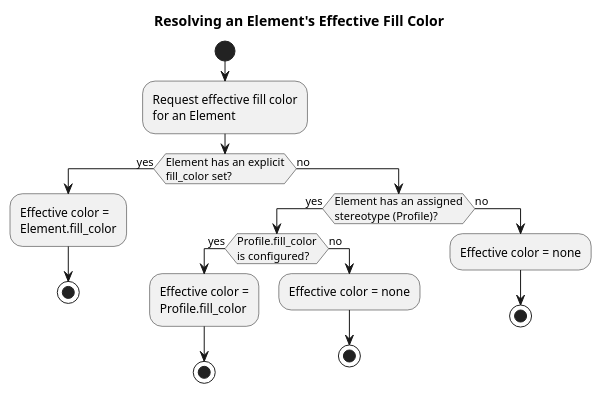
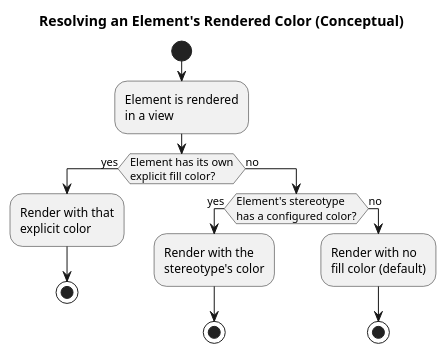
One commit to pyArchimate/pyArchimate changed the seventh of 7 diagrams in specs/017-stereotype-colors/spec.md. Above: the diagram before and after it, drawn with PlantUML. The commit also changed other lines of this file, not shown here.

First line of the commit message:
docs(specs): clarify profile identity for Exchange XML persistence

````diff
--- a/specs/017-stereotype-colors/spec.md
+++ b/specs/017-stereotype-colors/spec.md
@@ -317,26 +312,21 @@
 ```plantuml
 @startuml
-title Resolving an Element's Effective Fill Color
+title Resolving an Element's Rendered Color (Conceptual)
 
 start
-:Request effective fill color\nfor an Element;
+:Element is rendered\nin a view;
 
-if (Element has an explicit\nfill_color set?) then (yes)
-  :Effective color =\nElement.fill_color;
+if (Element has its own\nexplicit fill color?) then (yes)
+  :Render with that\nexplicit color;
   stop
 else (no)
-  if (Element has an assigned\nstereotype (Profile)?) then (yes)
-    if (Profile.fill_color\nis configured?) then (yes)
-      :Effective color =\nProfile.fill_color;
-      stop
-    else (no)
-      :Effective color = none;
-      stop
-    endif
+  if (Element's stereotype\nhas a configured color?) then (yes)
+    :Render with the\nstereotype's color;
+    stop
   else (no)
-    :Effective color = none;
+    :Render with no\nfill color (default);
     stop
   endif
 endif
 @enduml
 ```
````
